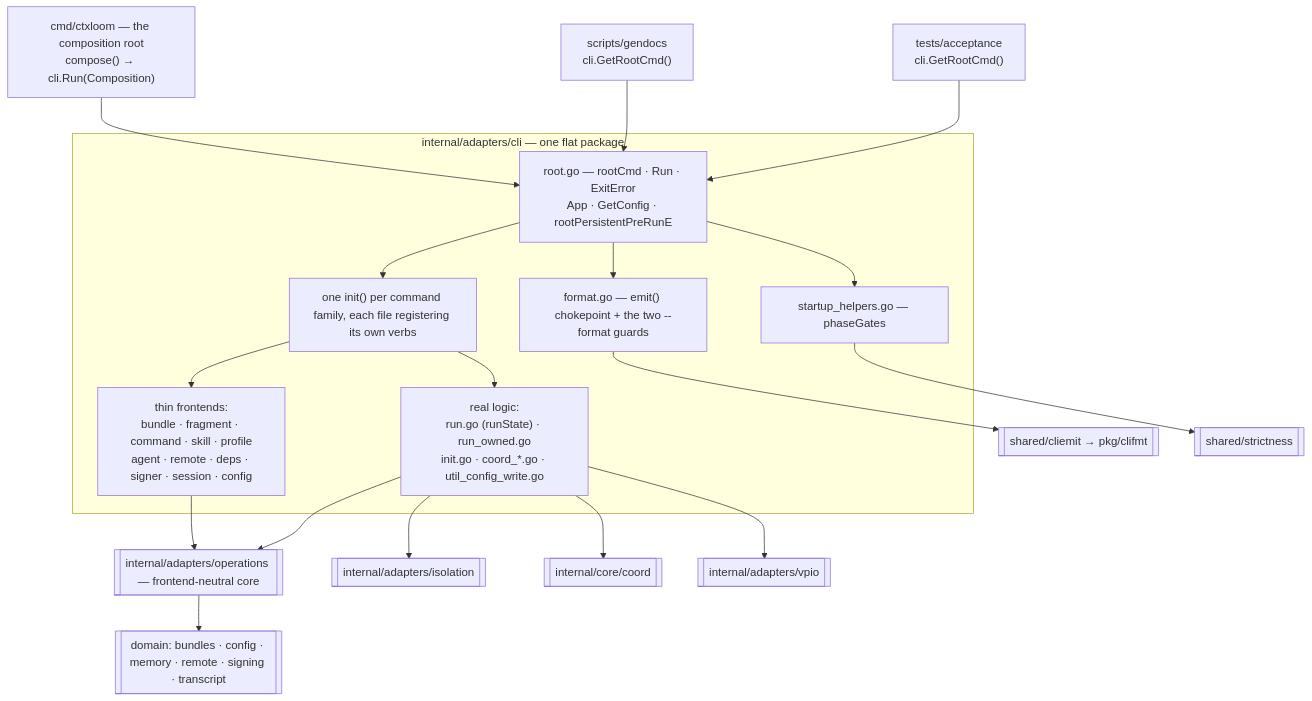
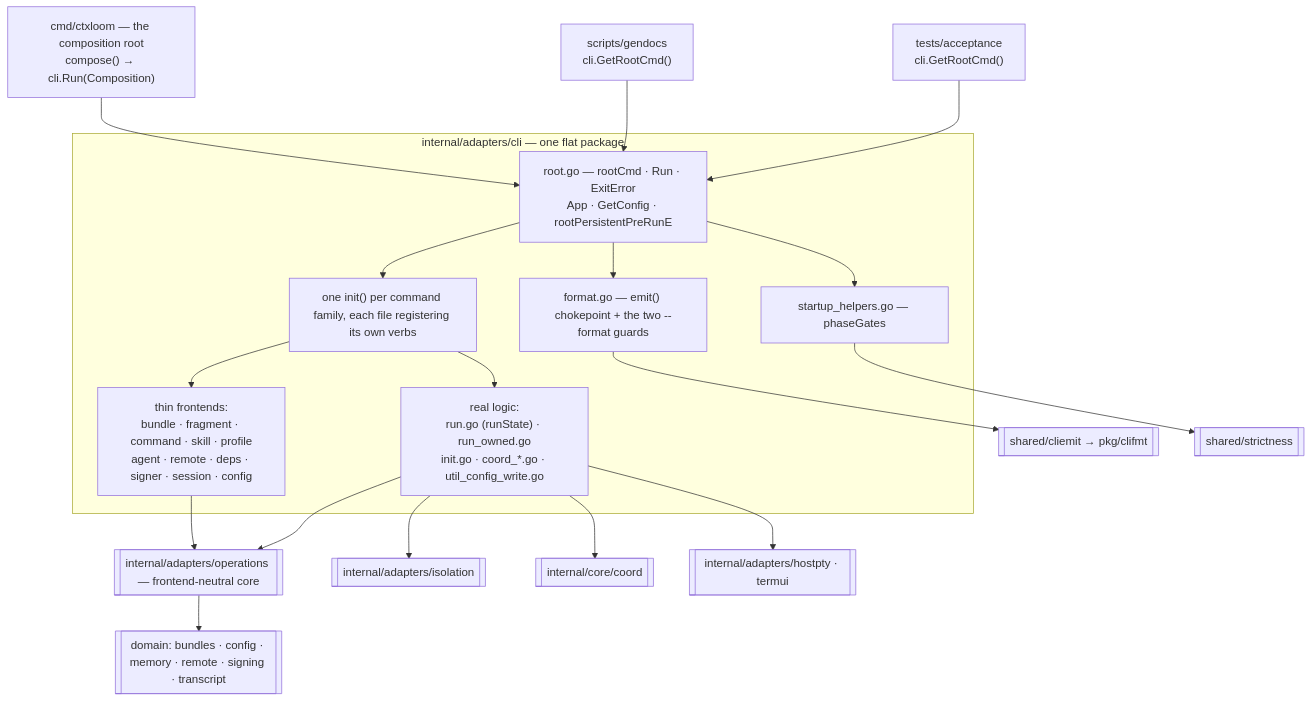
Before and after one commit to ctxloom/ctxloom: the diagram in docs/architecture/cli/README.md, drawn with Mermaid. The commit also changed 1 other file, not shown here.

Commit message:
docs(cli,ci): drop the retired vpio, docker-exec and ACP references
The cli architecture diagram names hostpty and termui, the terminal
packages the cli imports, where it named the retired internal/adapters/vpio;
the ci.yml docker-step comment stops listing the docker-exec turn and ACP
transport.

````diff
--- a/docs/architecture/cli/README.md
+++ b/docs/architecture/cli/README.md
@@ -17,28 +17,28 @@
 ```mermaid
 flowchart TD
     MAIN["cmd/ctxloom — the composition root<br/>compose() → cli.Run(Composition)"]
     GD["scripts/gendocs<br/>cli.GetRootCmd()"]
     ACC["tests/acceptance<br/>cli.GetRootCmd()"]
 
     MAIN --> ROOT
     GD --> ROOT
     ACC --> ROOT
 
     subgraph cli["internal/adapters/cli — one flat package"]
         ROOT["root.go — rootCmd · Run · ExitError<br/>App · GetConfig · rootPersistentPreRunE"]
         ROOT --> FMT["format.go — emit() chokepoint + the two --format guards"]
         ROOT --> SH["startup_helpers.go — phaseGates"]
         ROOT --> CMDS["one init() per command family, each file registering its own verbs"]
         CMDS --> THIN["thin frontends:<br/>bundle · fragment · command · skill · profile<br/>agent · remote · deps · signer · session · config"]
         CMDS --> THICK["real logic:<br/>run.go (runState) · run_owned.go<br/>init.go · coord_*.go · util_config_write.go"]
     end
 
     THIN --> OPS[["internal/adapters/operations — frontend-neutral core"]]
     THICK --> OPS
     THICK --> ISO[["internal/adapters/isolation"]]
     THICK --> COORD[["internal/core/coord"]]
-    THICK --> VPIO[["internal/adapters/vpio"]]
+    THICK --> TTY[["internal/adapters/hostpty · termui"]]
     OPS --> DOM[["domain: bundles · config · memory · remote · signing · transcript"]]
     FMT --> CE[["shared/cliemit → pkg/clifmt"]]
     SH --> STR[["shared/strictness"]]
 ```
````
